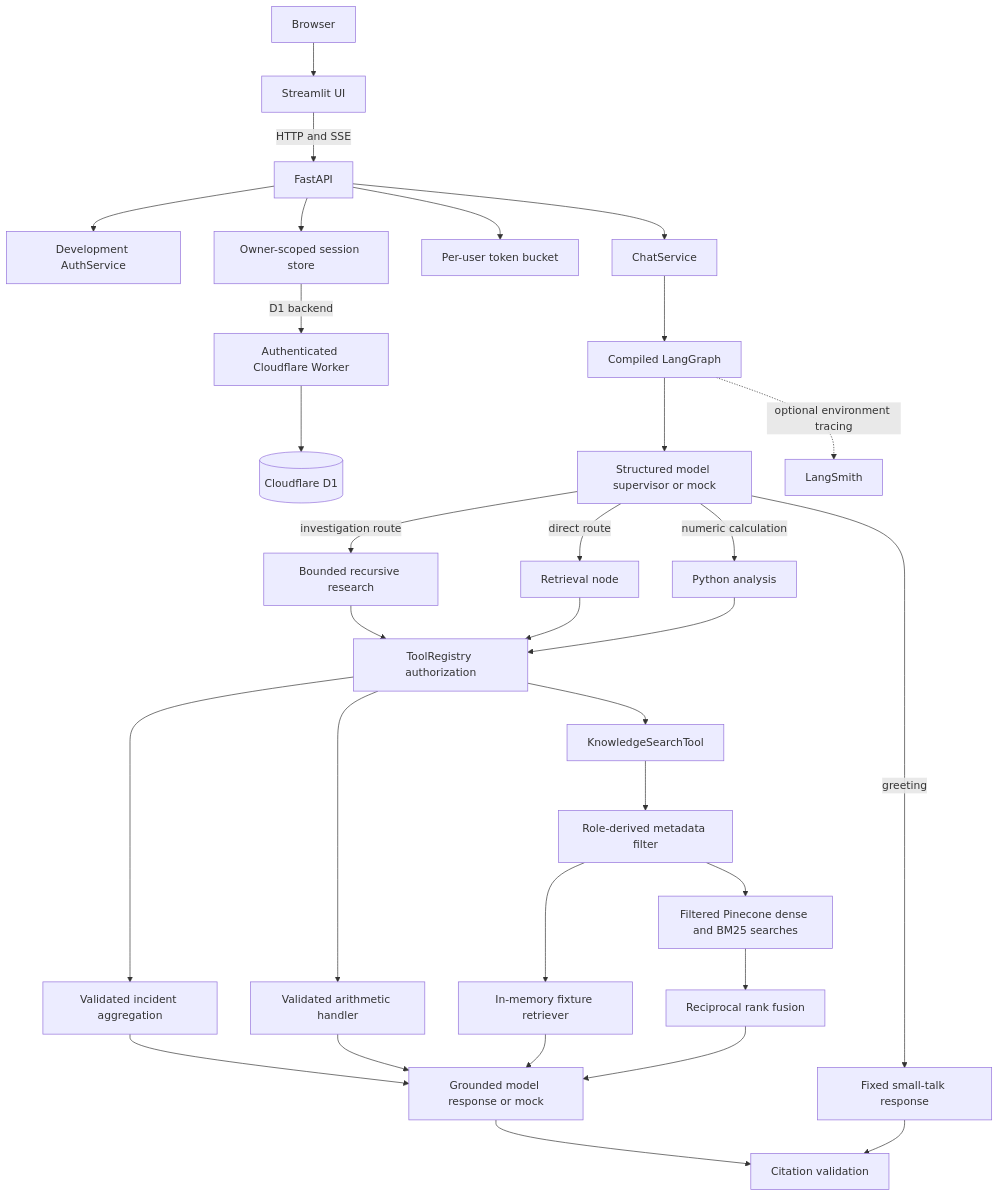
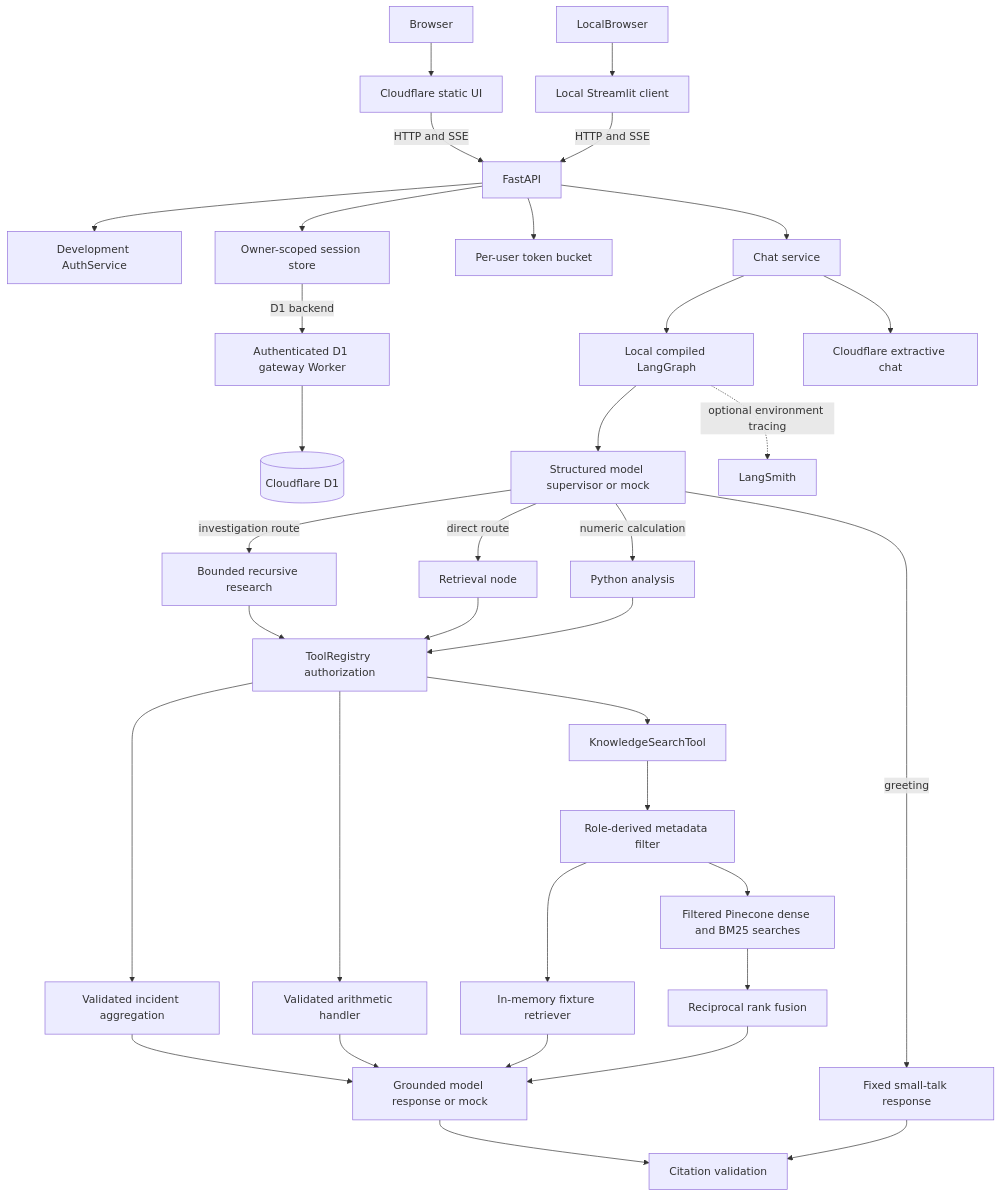
Before and after one commit to Thavarshan/enterprise-knowledge-assistant: the first of 2 diagrams in docs/architecture.md, drawn with Mermaid. The commit also changed other lines of this file and 62 other files, not shown here.

````diff
--- a/docs/architecture.md
+++ b/docs/architecture.md
@@ -22,34 +28,37 @@
 ```mermaid
 flowchart TB
-  Browser --> UI[Streamlit UI]
+  Browser --> UI[Cloudflare static UI]
   UI -->|HTTP and SSE| API[FastAPI]
+  LocalBrowser --> Streamlit[Local Streamlit client]
+  Streamlit -->|HTTP and SSE| API
   API --> Auth[Development AuthService]
   API --> Owner[Owner-scoped session store]
-  Owner -->|D1 backend| Worker[Authenticated Cloudflare Worker]
+  Owner -->|D1 backend| Worker[Authenticated D1 gateway Worker]
   Worker --> D1[(Cloudflare D1)]
   API --> Limit[Per-user token bucket]
-  API --> Chat[ChatService]
-  Chat --> Graph[Compiled LangGraph]
+  API --> Chat[Chat service]
+  Chat --> Graph[Local compiled LangGraph]
+  Chat --> WorkerChat[Cloudflare extractive chat]
   Graph --> Supervisor[Structured model supervisor or mock]
   Supervisor -->|greeting| SmallTalk[Fixed small-talk response]
   Supervisor -->|direct route| Retrieval[Retrieval node]
   Supervisor -->|investigation route| Research[Bounded recursive research]
   Supervisor -->|numeric calculation| Analysis[Python analysis]
   Research --> Registry
   Retrieval --> Registry[ToolRegistry authorization]
   Registry --> Knowledge[KnowledgeSearchTool]
   Registry --> IncidentAnalysis[Validated incident aggregation]
   Registry --> PythonAnalysis[Validated arithmetic handler]
   Analysis --> Registry
   IncidentAnalysis --> Response[Grounded response]
   PythonAnalysis --> Response
   Knowledge --> Filter[Role-derived metadata filter]
   Filter --> Fixture[In-memory fixture retriever]
   Filter --> Pinecone[Filtered Pinecone dense and BM25 searches]
   Pinecone --> RRF[Reciprocal rank fusion]
   Fixture --> Response[Grounded model response or mock]
   RRF --> Response
   Response --> Validate[Citation validation]
   SmallTalk --> Validate
   Graph -. optional environment tracing .-> LangSmith[LangSmith]
 ```
````
